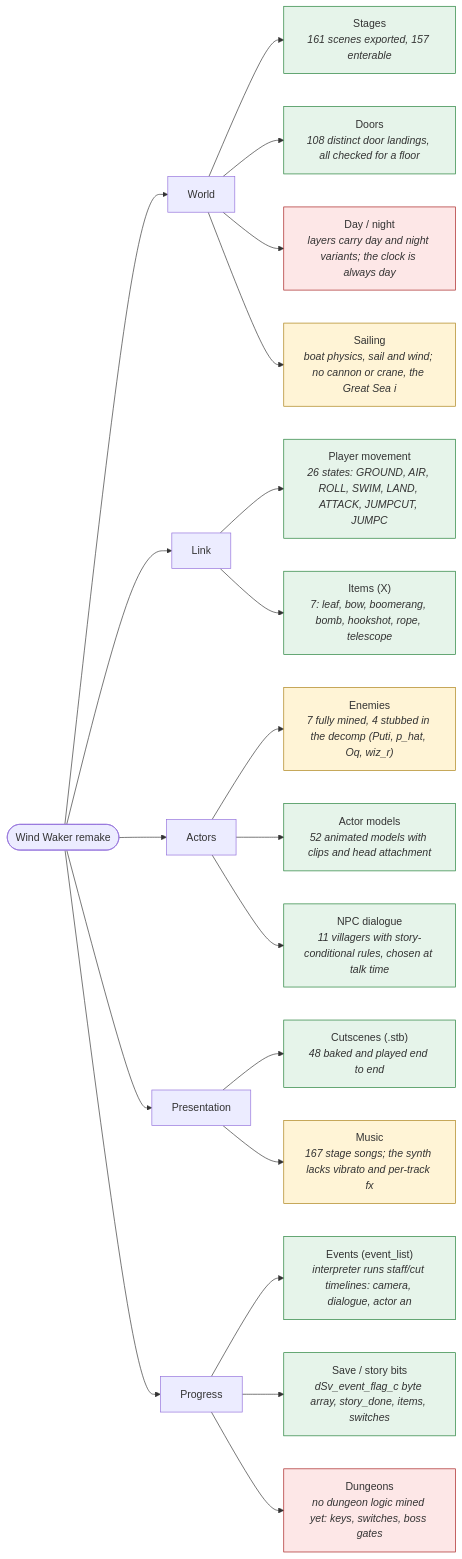
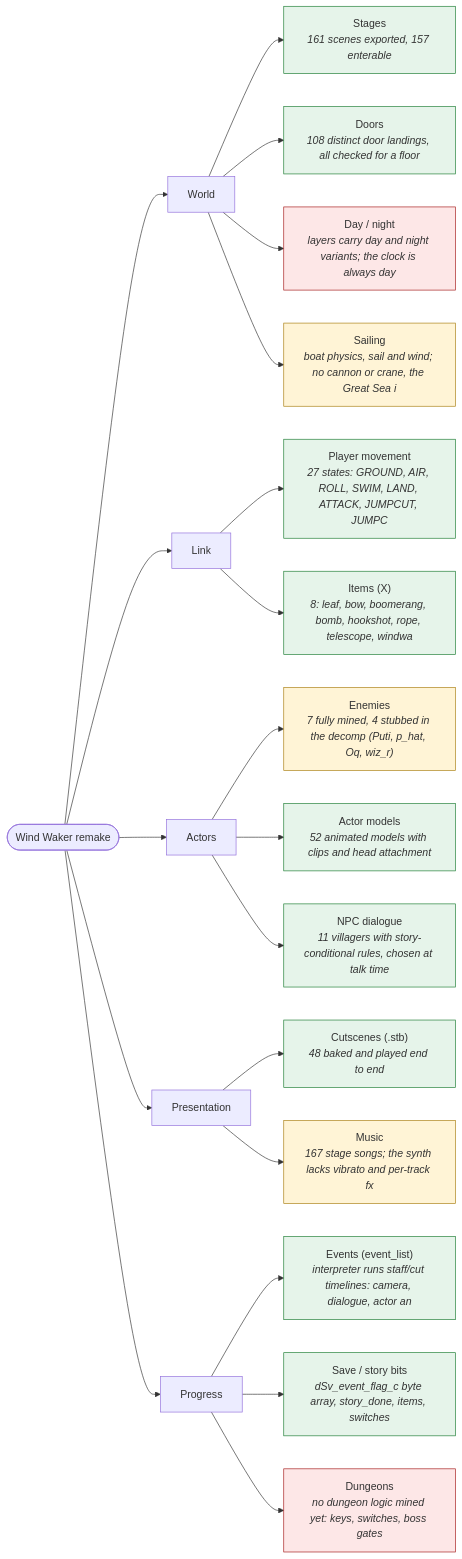
Before and after one commit to Felbs/3d-ripper-9000: the first of 2 diagrams in docs/game_map.md, drawn with Mermaid. The commit also changed other lines of this file and 13 other files, not shown here.

````diff
--- a/docs/game_map.md
+++ b/docs/game_map.md
@@ -12,40 +12,40 @@
 ```mermaid
 flowchart LR
     classDef ok fill:#e6f4ea,stroke:#1e7d34;
     classDef partial fill:#fff4d6,stroke:#a97f13;
     classDef missing fill:#fde7e7,stroke:#a51b1b;
     GAME(["Wind Waker remake"])
     GAME --> G0["World"]
     G0 --> G0_0["Stages<br/><i>161 scenes exported, 157 enterable</i>"]
     class G0_0 ok;
     G0 --> G0_1["Doors<br/><i>108 distinct door landings, all checked for a floor</i>"]
     class G0_1 ok;
     G0 --> G0_2["Day / night<br/><i>layers carry day and night variants; the clock is always day</i>"]
     class G0_2 missing;
     G0 --> G0_3["Sailing<br/><i>boat physics, sail and wind; no cannon or crane, the Great Sea i</i>"]
     class G0_3 partial;
     GAME --> G1["Link"]
-    G1 --> G1_0["Player movement<br/><i>26 states: GROUND, AIR, ROLL, SWIM, LAND, ATTACK, JUMPCUT, JUMPC</i>"]
+    G1 --> G1_0["Player movement<br/><i>27 states: GROUND, AIR, ROLL, SWIM, LAND, ATTACK, JUMPCUT, JUMPC</i>"]
     class G1_0 ok;
-    G1 --> G1_1["Items (X)<br/><i>7: leaf, bow, boomerang, bomb, hookshot, rope, telescope</i>"]
+    G1 --> G1_1["Items (X)<br/><i>8: leaf, bow, boomerang, bomb, hookshot, rope, telescope, windwa</i>"]
     class G1_1 ok;
     GAME --> G2["Actors"]
     G2 --> G2_0["Enemies<br/><i>7 fully mined, 4 stubbed in the decomp (Puti, p_hat, Oq, wiz_r)</i>"]
     class G2_0 partial;
     G2 --> G2_1["Actor models<br/><i>52 animated models with clips and head attachment</i>"]
     class G2_1 ok;
     G2 --> G2_2["NPC dialogue<br/><i>11 villagers with story-conditional rules, chosen at talk time</i>"]
     class G2_2 ok;
     GAME --> G3["Presentation"]
     G3 --> G3_0["Cutscenes (.stb)<br/><i>48 baked and played end to end</i>"]
     class G3_0 ok;
     G3 --> G3_1["Music<br/><i>167 stage songs; the synth lacks vibrato and per-track fx</i>"]
     class G3_1 partial;
     GAME --> G4["Progress"]
     G4 --> G4_0["Events (event_list)<br/><i>interpreter runs staff/cut timelines: camera, dialogue, actor an</i>"]
     class G4_0 ok;
     G4 --> G4_1["Save / story bits<br/><i>dSv_event_flag_c byte array, story_done, items, switches</i>"]
     class G4_1 ok;
     G4 --> G4_2["Dungeons<br/><i>no dungeon logic mined yet: keys, switches, boss gates</i>"]
     class G4_2 missing;
 ```
````
